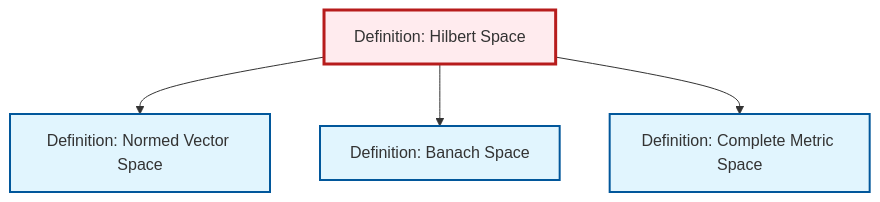
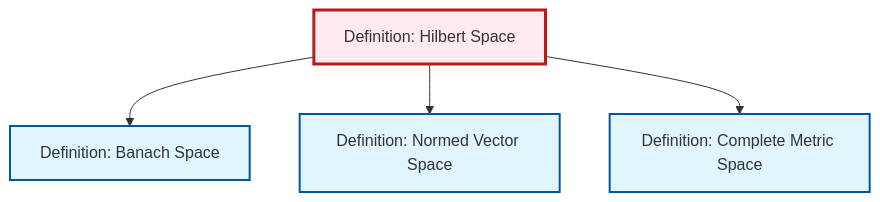
The diagram in content/en/analysis/def-hilbert-space.qmd (RK0429/ModernMath), drawn with Mermaid before and after one commit. The commit also changed other lines of this file and 672 other files, not shown here.

````diff
--- a/content/en/analysis/def-hilbert-space.qmd
+++ b/content/en/analysis/def-hilbert-space.qmd
@@ -169,20 +169,20 @@
 ```{mermaid}
 %%| fig-cap: "Local dependency graph"
 graph TD
     classDef definition fill:#e1f5fe,stroke:#01579b,stroke-width:2px
     classDef theorem fill:#f3e5f5,stroke:#4a148c,stroke-width:2px
     classDef axiom fill:#fff3e0,stroke:#e65100,stroke-width:2px
     classDef example fill:#e8f5e9,stroke:#1b5e20,stroke-width:2px
     classDef current fill:#ffebee,stroke:#b71c1c,stroke-width:3px
     def-hilbert-space["Definition: Hilbert Space"]:::definition
+    def-banach-space["Definition: Banach Space"]:::definition
+    def-normed-vector-space["Definition: Normed Vector Space"]:::definition
     def-complete-metric-space["Definition: Complete Metric Space"]:::definition
-    def-normed-vector-space["Definition: Normed Vector Space"]:::definition
-    def-banach-space["Definition: Banach Space"]:::definition
+    def-hilbert-space --> def-banach-space
     def-hilbert-space --> def-normed-vector-space
-    def-hilbert-space --> def-banach-space
     def-hilbert-space --> def-complete-metric-space
     class def-hilbert-space current
+    click def-banach-space "def-banach-space.html" "Go to Banach Space definition"
+    click def-normed-vector-space "def-normed-vector-space.html" "Go to Normed Vector Space definition"
     click def-complete-metric-space "def-complete-metric-space.html" "Go to Complete Metric Space definition"
-    click def-normed-vector-space "def-normed-vector-space.html" "Go to Normed Vector Space definition"
-    click def-banach-space "def-banach-space.html" "Go to Banach Space definition"
 ```
````
